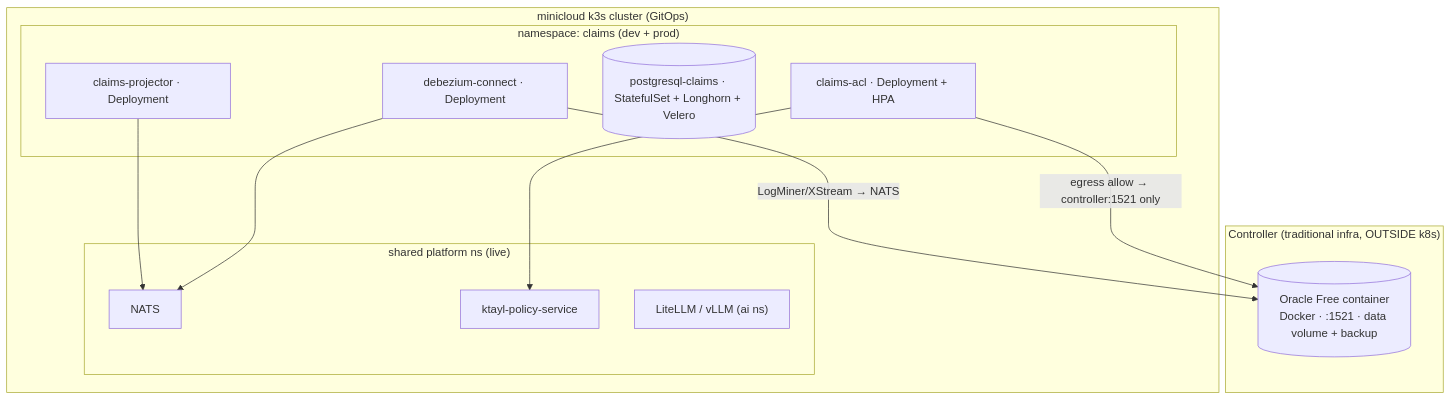
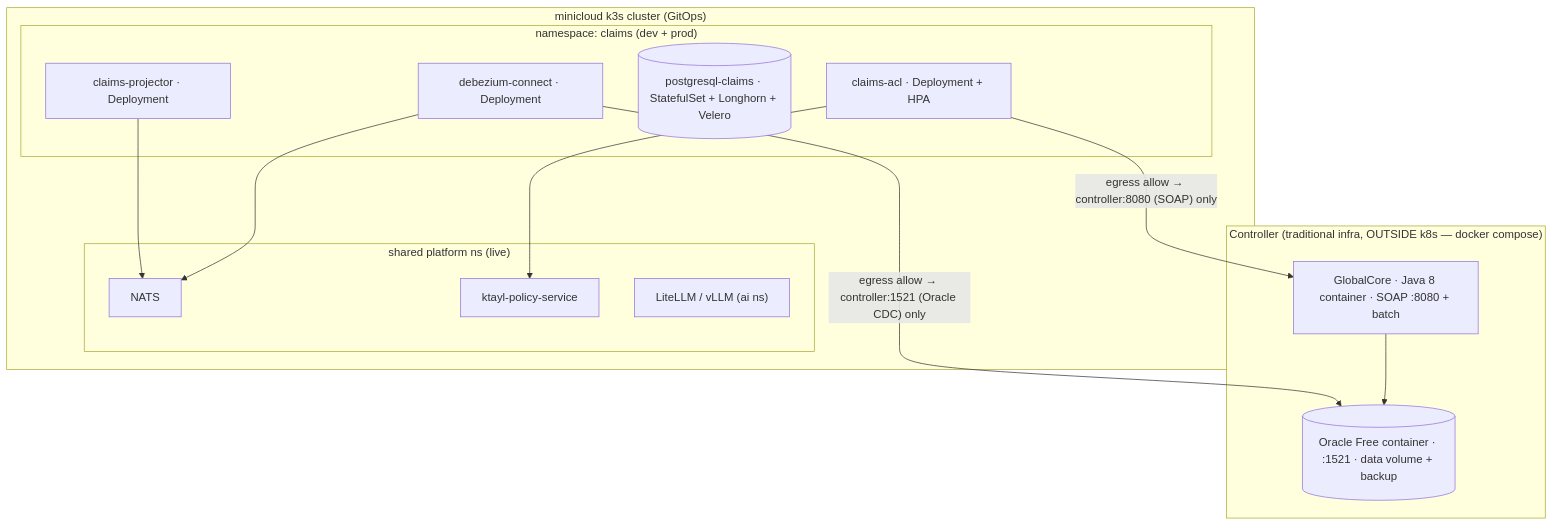
Before and after one commit to andrelair-platform/ktayl-claims: the third of 3 diagrams in docs/architecture/solution-architecture.md, drawn with Mermaid. The commit also changed other lines of this file and 6 other files, not shown here.

First line of the commit message:
docs: realign Claims planning set to GlobalCore+Oracle+Claims (SOAP+batch wrap)

````diff
--- a/docs/architecture/solution-architecture.md
+++ b/docs/architecture/solution-architecture.md
@@ -106,24 +109,26 @@
 ```mermaid
 flowchart TB
-  subgraph CTRL["Controller (traditional infra, OUTSIDE k8s)"]
-    ora[("Oracle Free container<br/>Docker · :1521 · data volume + backup")]
+  subgraph CTRL["Controller (traditional infra, OUTSIDE k8s — docker compose)"]
+    app["GlobalCore · Java 8 container · SOAP :8080 + batch"]
+    ora[("Oracle Free container · :1521 · data volume + backup")]
+    app --> ora
   end
   subgraph K["minicloud k3s cluster (GitOps)"]
     subgraph NS["namespace: claims (dev + prod)"]
       acl["claims-acl · Deployment + HPA"]
       proj["claims-projector · Deployment"]
       rm[("postgresql-claims · StatefulSet + Longhorn + Velero")]
       cdc["debezium-connect · Deployment"]
     end
     subgraph SH["shared platform ns (live)"]
       bus["NATS"]
       pas["ktayl-policy-service"]
       ai["LiteLLM / vLLM (ai ns)"]
     end
   end
-  acl -->|"egress allow → controller:1521 only"| ora
-  cdc -->|"LogMiner/XStream → NATS"| ora
+  acl -->|"egress allow → controller:8080 (SOAP) only"| app
+  cdc -->|"egress allow → controller:1521 (Oracle CDC) only"| ora
   cdc --> bus
   proj --> bus
   acl --> pas
 ```
````
